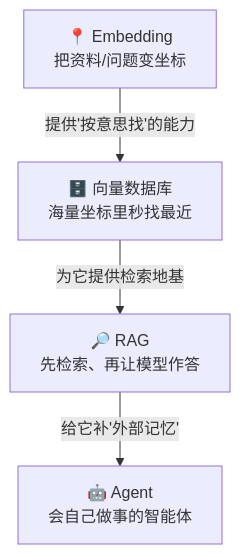
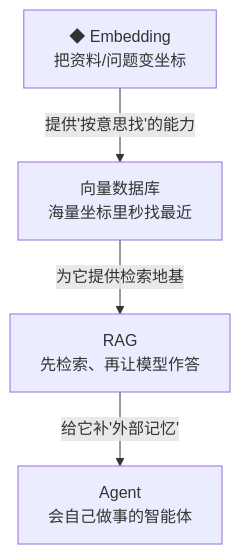
One commit to luckykhy/KhyAiHub changed the fifth of 5 diagrams in docs/02_CONCEPTS_概念入门/CONCEPT/[CONCEPT-11] 什么是RAG-检索增强生成.md. Above: the diagram before and after it, drawn with Mermaid. The commit also changed other lines of this file and 19 other files, not shown here.

````diff
--- a/docs/02_CONCEPTS_概念入门/CONCEPT/[CONCEPT-11] 什么是RAG-检索增强生成.md
+++ b/docs/02_CONCEPTS_概念入门/CONCEPT/[CONCEPT-11] 什么是RAG-检索增强生成.md
@@ -245,10 +245,10 @@
 ```mermaid
 flowchart TB
-  EMB["📍 Embedding<br/>把资料/问题变坐标"]
-  VDB["🗄️ 向量数据库<br/>海量坐标里秒找最近"]
-  RAG["🔎 RAG<br/>先检索、再让模型作答"]
-  AGENT["🤖 Agent<br/>会自己做事的智能体"]
+  EMB["◆ Embedding<br/>把资料/问题变坐标"]
+  VDB["向量数据库<br/>海量坐标里秒找最近"]
+  RAG["RAG<br/>先检索、再让模型作答"]
+  AGENT["Agent<br/>会自己做事的智能体"]
   EMB -- "提供'按意思找'的能力" --> VDB
   VDB -- "为它提供检索地基" --> RAG
   RAG -- "给它补'外部记忆'" --> AGENT
 ```
````
